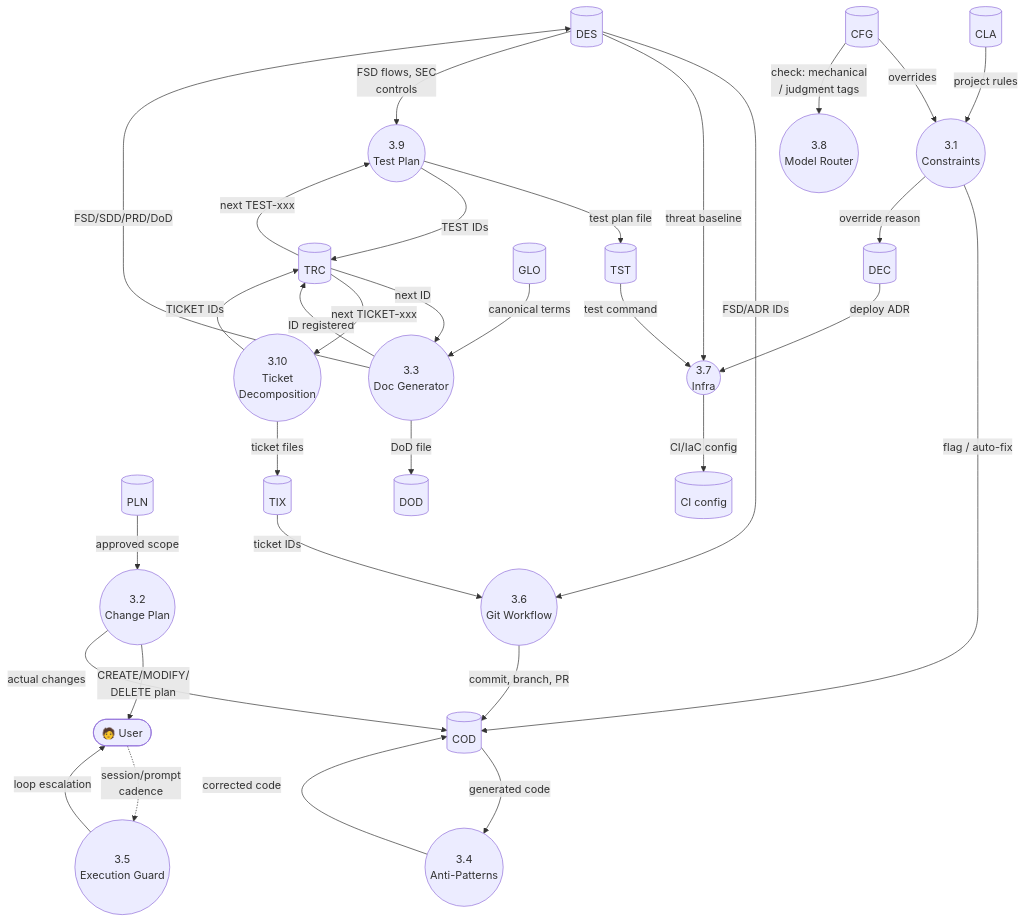
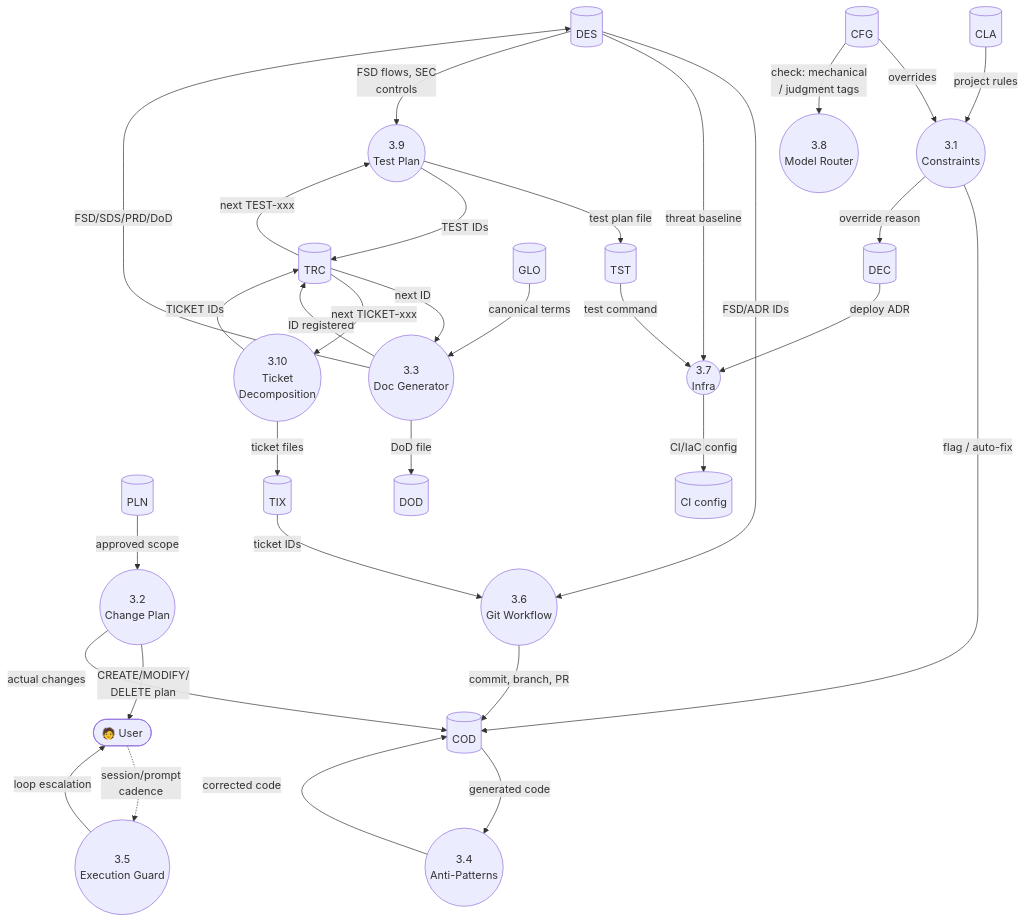
One commit to fprtm/sdd-pipeline changed diagram 12 of 14 in docs/ARCHITECTURE.md. Above: the diagram before and after it, drawn with Mermaid. The commit also changed other lines of this file and 25 other files, not shown here.

````diff
--- a/docs/ARCHITECTURE.md
+++ b/docs/ARCHITECTURE.md
@@ -574,68 +574,68 @@
 ```mermaid
 flowchart TD
     PLN[("PLN")]
     CFG[("CFG")]
     CLA[("CLA")]
     COD[("COD")]
     DES[("DES")]
     DOD[("DOD")]
     TST[("TST")]
     TIX[("TIX")]
     TRC[("TRC")]
     GLO[("GLO")]
     DEC[("DEC")]
     CI[("CI config")]
     USER(["🧑 User"])
 
     P31(("3.1\nConstraints"))
     P32(("3.2\nChange Plan"))
     P33(("3.3\nDoc Generator"))
     P34(("3.4\nAnti-Patterns"))
     P35(("3.5\nExecution Guard"))
     P36(("3.6\nGit Workflow"))
     P37(("3.7\nInfra"))
     P38(("3.8\nModel Router"))
     P39(("3.9\nTest Plan"))
     P310(("3.10\nTicket\nDecomposition"))
 
     PLN -->|"approved scope"| P32
     P32 -->|"CREATE/MODIFY/\nDELETE plan"| USER
     P32 -->|"actual changes"| COD
 
     CFG -->|"overrides"| P31
     CLA -->|"project rules"| P31
     P31 -->|"flag / auto-fix"| COD
     P31 -->|"override reason"| DEC
 
     GLO -->|"canonical terms"| P33
     TRC -->|"next ID"| P33
-    P33 -->|"FSD/SDD/PRD/DoD"| DES
+    P33 -->|"FSD/SDS/PRD/DoD"| DES
     P33 -->|"DoD file"| DOD
     P33 -->|"ID registered"| TRC
 
     COD -->|"generated code"| P34
     P34 -->|"corrected code"| COD
 
     USER -.->|"session/prompt\ncadence"| P35
     P35 -->|"loop escalation"| USER
 
     TIX -->|"ticket IDs"| P36
     DES -->|"FSD/ADR IDs"| P36
     P36 -->|"commit, branch, PR"| COD
 
     DES -->|"threat baseline"| P37
     DEC -->|"deploy ADR"| P37
     TST -->|"test command"| P37
     P37 -->|"CI/IaC config"| CI
 
     CFG -->|"check: mechanical\n/ judgment tags"| P38
 
     DES -->|"FSD flows, SEC\ncontrols"| P39
     TRC -->|"next TEST-xxx"| P39
     P39 -->|"test plan file"| TST
     P39 -->|"TEST IDs"| TRC
 
     TRC -->|"next TICKET-xxx"| P310
     P310 -->|"ticket files"| TIX
     P310 -->|"TICKET IDs"| TRC
 ```
````
